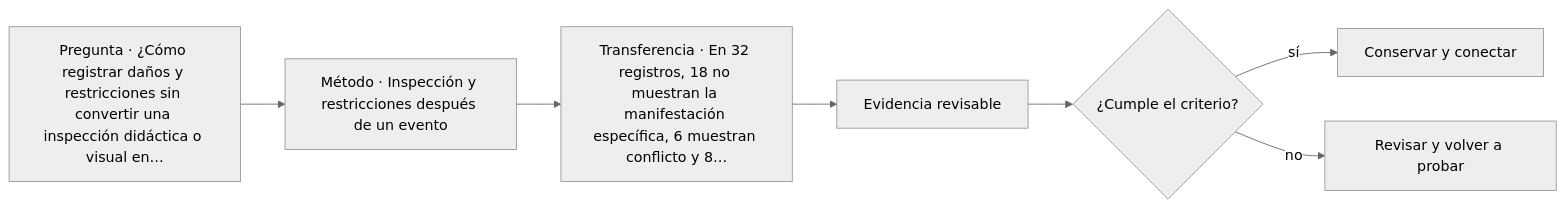
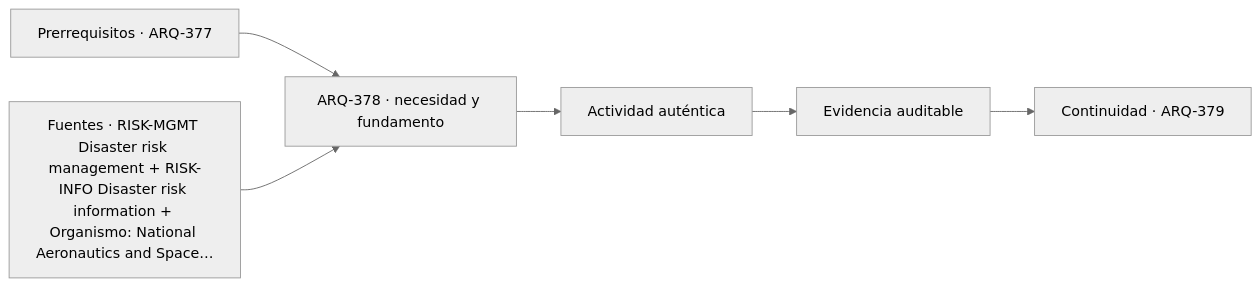
The diagram in classes/parte-38/ARQ-378.md (vladimiracunadev-create/architecture-built-environment-learning-program), drawn with Mermaid (neutral theme) before and after one commit. The commit also changed other lines of this file and 761 other files, not shown here.

````diff
--- a/classes/parte-38/ARQ-378.md
+++ b/classes/parte-38/ARQ-378.md
@@ -101,9 +113,8 @@
 ```mermaid
 flowchart LR
-    Q["Pregunta · ¿Cómo registrar daños y restricciones sin convertir una inspección didáctica o visual en…"] --> M["Método · Inspección y restricciones después de un evento"]
-    M --> P["Transferencia · En 32 registros, 18 no muestran la manifestación específica, 6 muestran conflicto y 8…"]
-    P --> E["Evidencia revisable"]
-    E --> C{"¿Cumple el criterio?"}
-    C -->|sí| T["Conservar y conectar"]
-    C -->|no| R["Revisar y volver a probar"]
+    A["Prerrequisitos · ARQ-377"] --> B["ARQ-378 · necesidad y fundamento"]
+    S["Fuentes · RISK-MGMT Disaster risk management + RISK-INFO Disaster risk information + Organismo: National Aeronautics and Space…"] --> B
+    B --> C["Actividad auténtica"]
+    C --> D["Evidencia auditable"]
+    D --> E["Continuidad · ARQ-379"]
 ```
````
